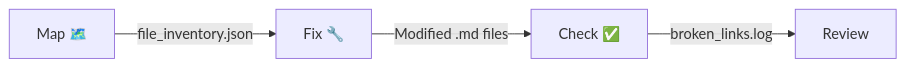
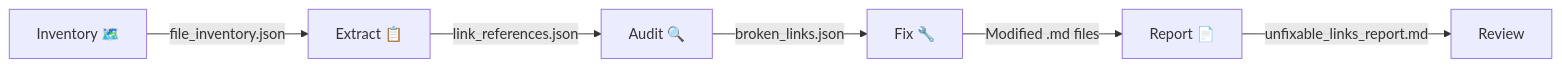
Before and after one commit to richfrem/agent-plugins-skills: the diagram in plugins/link-checker/README.md, drawn with Mermaid. The commit also changed other lines of this file and 45 other files, not shown here.

Commit message:
updated link-check and bundler scripts addressing duplicationa nd documentation issues

````diff
--- a/plugins/link-checker/README.md
+++ b/plugins/link-checker/README.md
@@ -74,6 +82,8 @@
 ```mermaid
 graph LR
-    A["Map 🗺️"] -->|file_inventory.json| B["Fix 🔧"]
-    B -->|Modified .md files| C["Check ✅"]
-    C -->|broken_links.log| D[Review]
+    A["Inventory 🗺️"] -->|file_inventory.json| B["Extract 📋"]
+    B -->|link_references.json| C["Audit 🔍"]
+    C -->|broken_links.json| D["Fix 🔧"]
+    D -->|Modified .md files| E["Report 📄"]
+    E -->|unfixable_links_report.md| F[Review]
 ```
````
